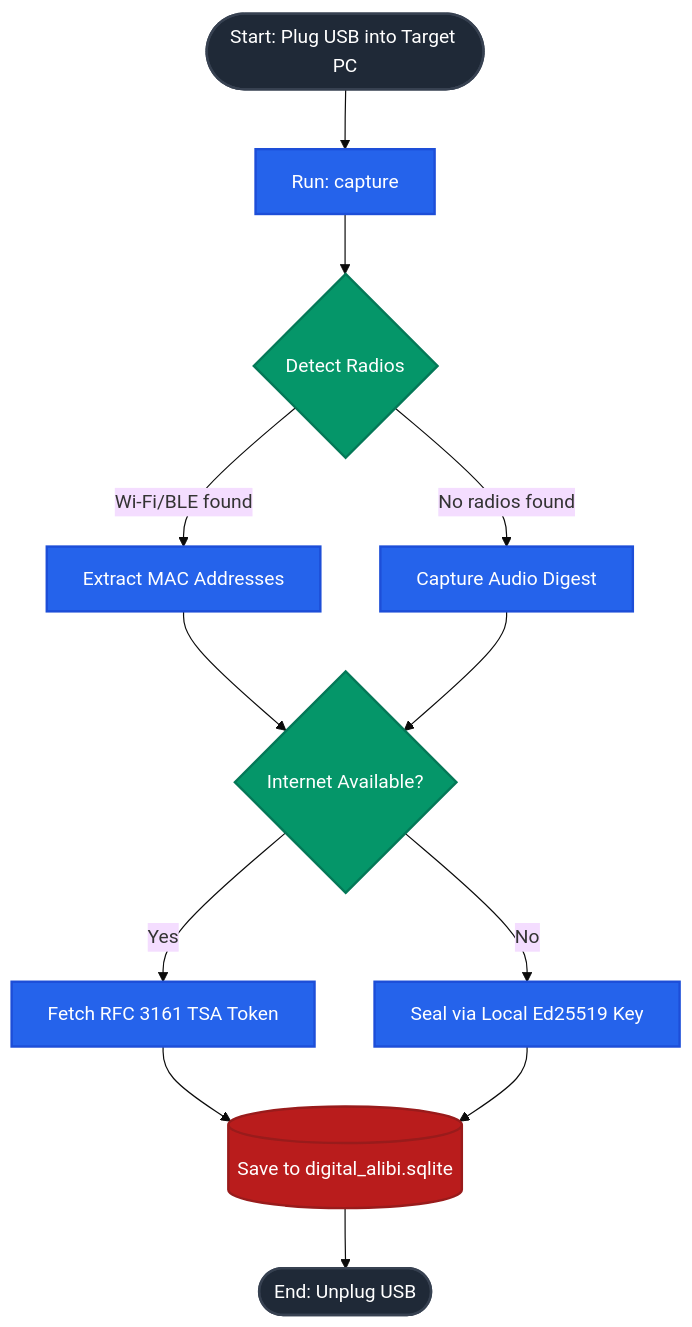
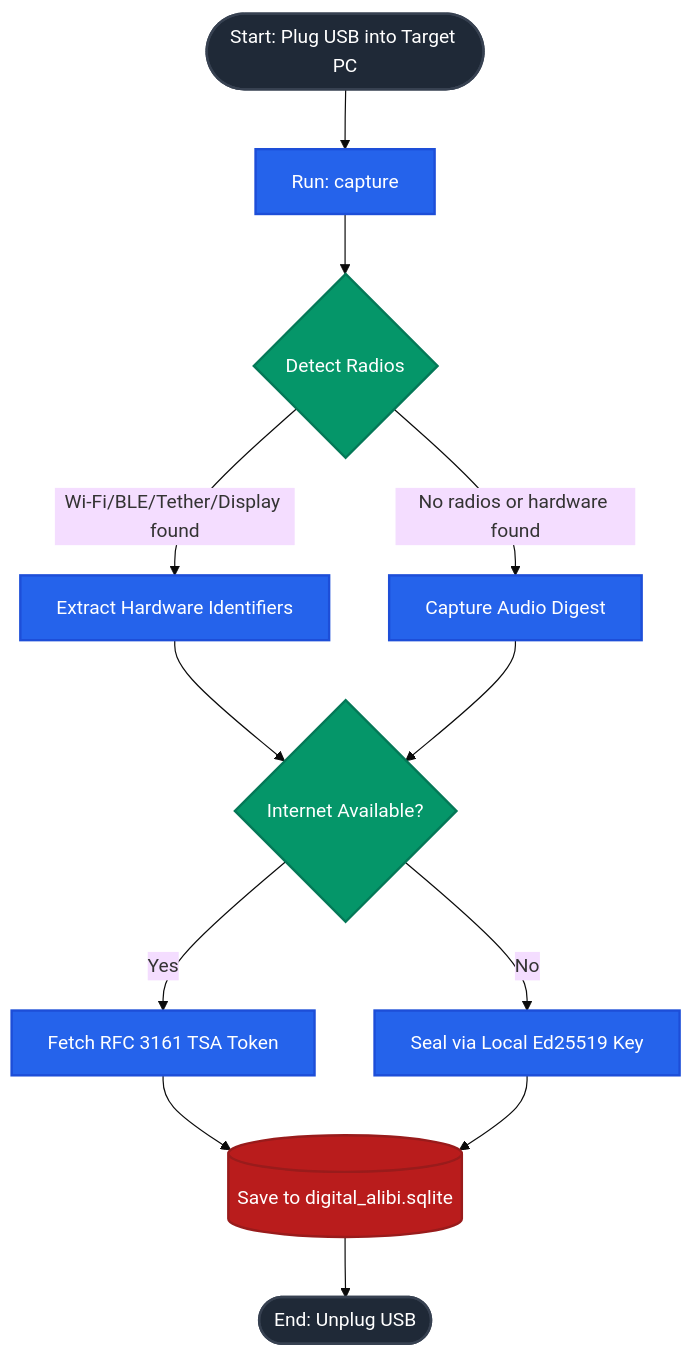
Before and after one commit to yottajunaid/DigitalAlibi: the first of 2 diagrams in README.md, drawn with Mermaid (base theme). The commit also changed other lines of this file, not shown here.

Commit message:
docs: Update README to include ARP and EDID fallback details

````diff
--- a/README.md
+++ b/README.md
@@ -37,25 +37,25 @@
 ```mermaid
 graph TD
     %% Define styles
     classDef startEnd fill:#1f2937,stroke:#374151,stroke-width:2px,color:#fff;
     classDef action fill:#2563eb,stroke:#1d4ed8,stroke-width:2px,color:#fff;
     classDef decision fill:#059669,stroke:#047857,stroke-width:2px,color:#fff;
     classDef database fill:#b91c1c,stroke:#991b1b,stroke-width:2px,color:#fff;
 
     A([Start: Plug USB into Target PC]):::startEnd --> B[Run: capture]:::action
     B --> C{Detect Radios}:::decision
     
-    C -->|Wi-Fi/BLE found| D[Extract MAC Addresses]:::action
-    C -->|No radios found| E[Capture Audio Digest]:::action
+    C -->|Wi-Fi/BLE/Tether/Display found| D[Extract Hardware Identifiers]:::action
+    C -->|No radios or hardware found| E[Capture Audio Digest]:::action
     
     D --> F{Internet Available?}:::decision
     E --> F
     
     F -->|Yes| G[Fetch RFC 3161 TSA Token]:::action
     F -->|No| H[Seal via Local Ed25519 Key]:::action
     
     G --> I[(Save to digital_alibi.sqlite)]:::database
     H --> I
     
     I --> J([End: Unplug USB]):::startEnd
 ```
````
